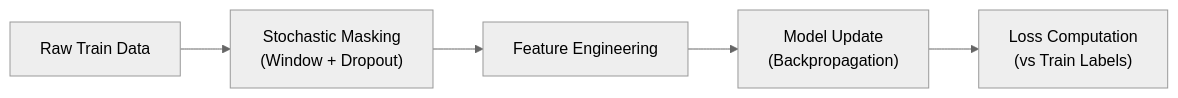
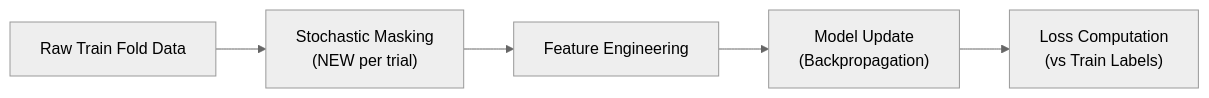
One commit to Pascal-Fortin/geoai_aquaculture changed the seventh of 10 diagrams in docs/architecture/training_pipeline.md. Above: the diagram before and after it, drawn with Mermaid (neutral theme). The commit also changed other lines of this file and 1 other file, not shown here.

Commit message:
Updated documentation to reflect changes to Optuna Stratified K-Fold CV strategy.

````diff
--- a/docs/architecture/training_pipeline.md
+++ b/docs/architecture/training_pipeline.md
@@ -1236,7 +899,7 @@
 ```mermaid
 flowchart LR
-    A["Raw Train Data"] --> B["Stochastic Masking<br>(Window + Dropout)"]
+    A["Raw Train Fold Data"] --> B["Stochastic Masking<br>(NEW per trial)"]
     B --> C["Feature Engineering"]
     C --> D["Model Update<br>(Backpropagation)"]
     D --> E["Loss Computation<br>(vs Train Labels)"]
 ```
````
